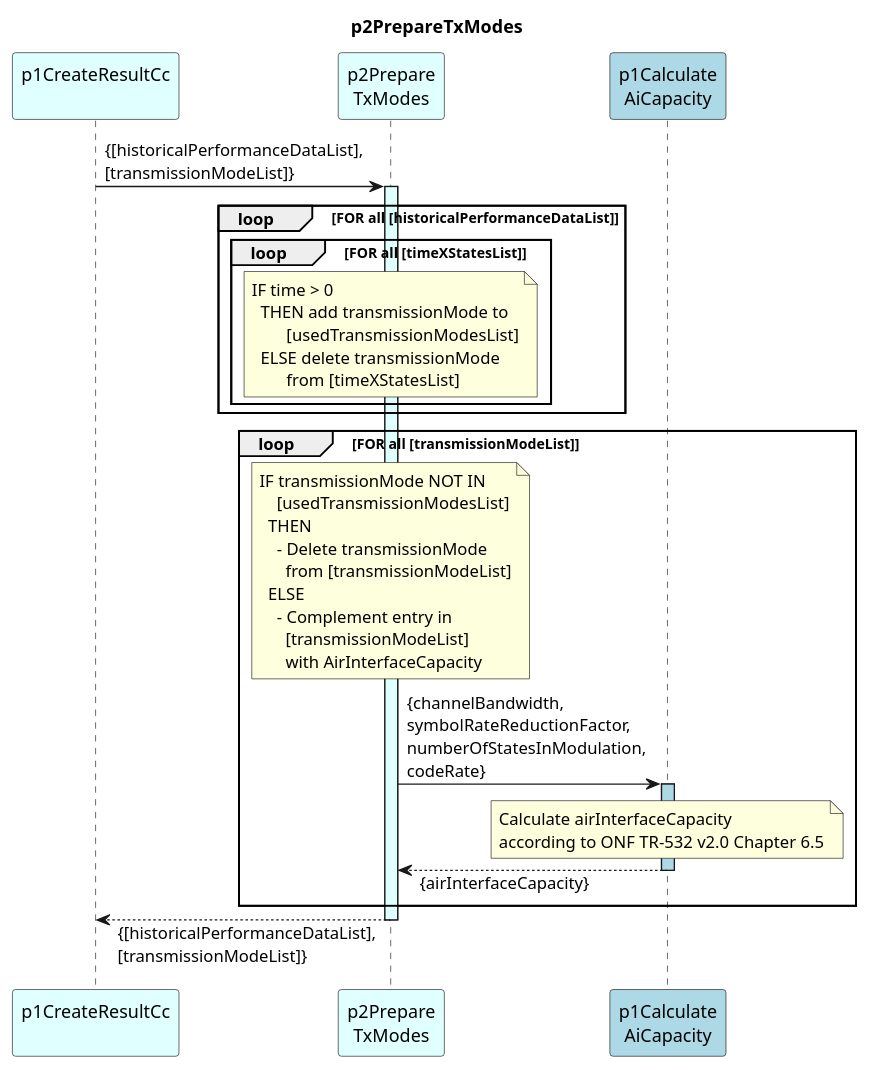
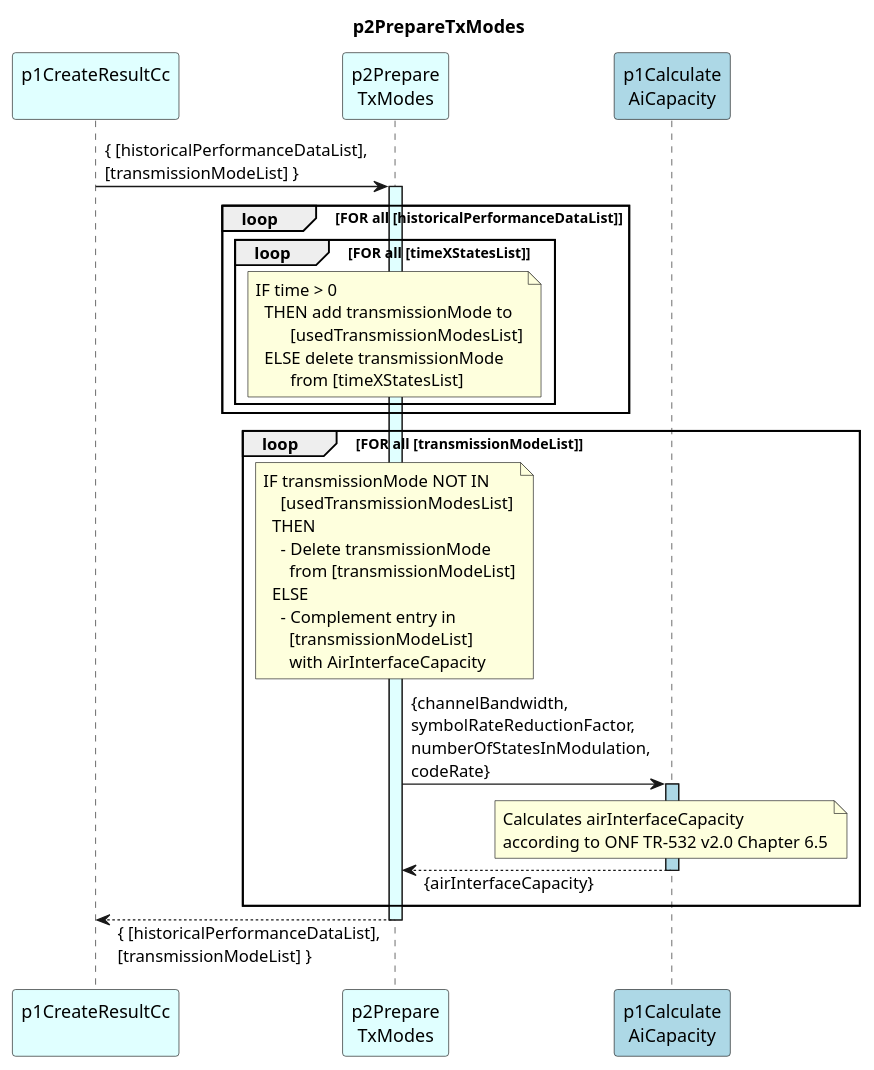
The diagram in spec/Functions/p1StreamPmData/p1ProcessDevice/p1CreateResultCc/p2PrepareTxModes/1.0.0/p2PrepareTxModes.plantuml (openBackhaul/DevicePerformanceManagementDataProcessor), drawn with PlantUML before and after one commit. The commit also changed 49 other files, not shown here.

Commit message:
Harmonize editorial of plantumls

```diff
--- a/spec/Functions/p1StreamPmData/p1ProcessDevice/p1CreateResultCc/p2PrepareTxModes/1.0.0/p2PrepareTxModes.plantuml
+++ b/spec/Functions/p1StreamPmData/p1ProcessDevice/p1CreateResultCc/p2PrepareTxModes/1.0.0/p2PrepareTxModes.plantuml
@@ -1,59 +1,59 @@
 @startuml p2PrepareTxModes
 skinparam responseMessageBelowArrow true
 
 title
   p2PrepareTxModes
 end title
 
 participant "p1CreateResultCc\n" as cur #LightCyan
 
 participant "p2Prepare\nTxModes" as prepTxModes #LightCyan
 participant "p1Calculate\nAiCapacity" as aiCC #LightBlue
 
 
-cur -> prepTxModes : {[historicalPerformanceDataList],\n[transmissionModeList]}
+cur -> prepTxModes : { [historicalPerformanceDataList],\n[transmissionModeList] }
 activate prepTxModes #LightCyan
 
   loop FOR all [historicalPerformanceDataList]
     loop FOR all [timeXStatesList]
       note over prepTxModes
         IF time > 0
           THEN add transmissionMode to
                 [usedTransmissionModesList]
-          ELSE delete transmissionMode 
+          ELSE delete transmissionMode
                 from [timeXStatesList]
       end note
     end loop
   end loop
 
   loop FOR all [transmissionModeList]
 
     note over prepTxModes
-      IF transmissionMode NOT IN 
+      IF transmissionMode NOT IN
           [usedTransmissionModesList]
-        THEN 
+        THEN
           - Delete transmissionMode
             from [transmissionModeList]
         ELSE
           - Complement entry in
             [transmissionModeList]
             with AirInterfaceCapacity
     end note
 
     prepTxModes -> aiCC : {channelBandwidth,\nsymbolRateReductionFactor,\nnumberOfStatesInModulation,\ncodeRate}
     activate aiCC #LightBlue
       note over aiCC
-        Calculate airInterfaceCapacity
+        Calculates airInterfaceCapacity
         according to ONF TR-532 v2.0 Chapter 6.5
       end note
     prepTxModes <-- aiCC: {airInterfaceCapacity}
     deactivate aiCC
 
   end loop
 
-cur <-- prepTxModes : {[historicalPerformanceDataList],\n[transmissionModeList]}
+cur <-- prepTxModes : { [historicalPerformanceDataList],\n[transmissionModeList] }
 deactivate prepTxModes
 
 deactivate cur
 
 @enduml
```
